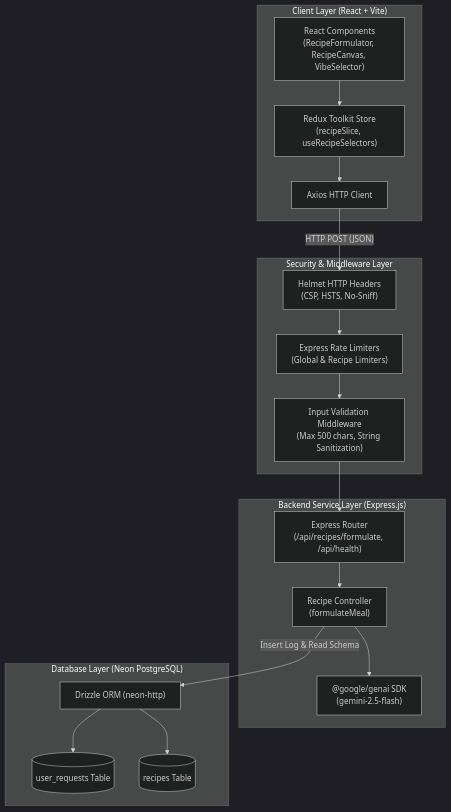
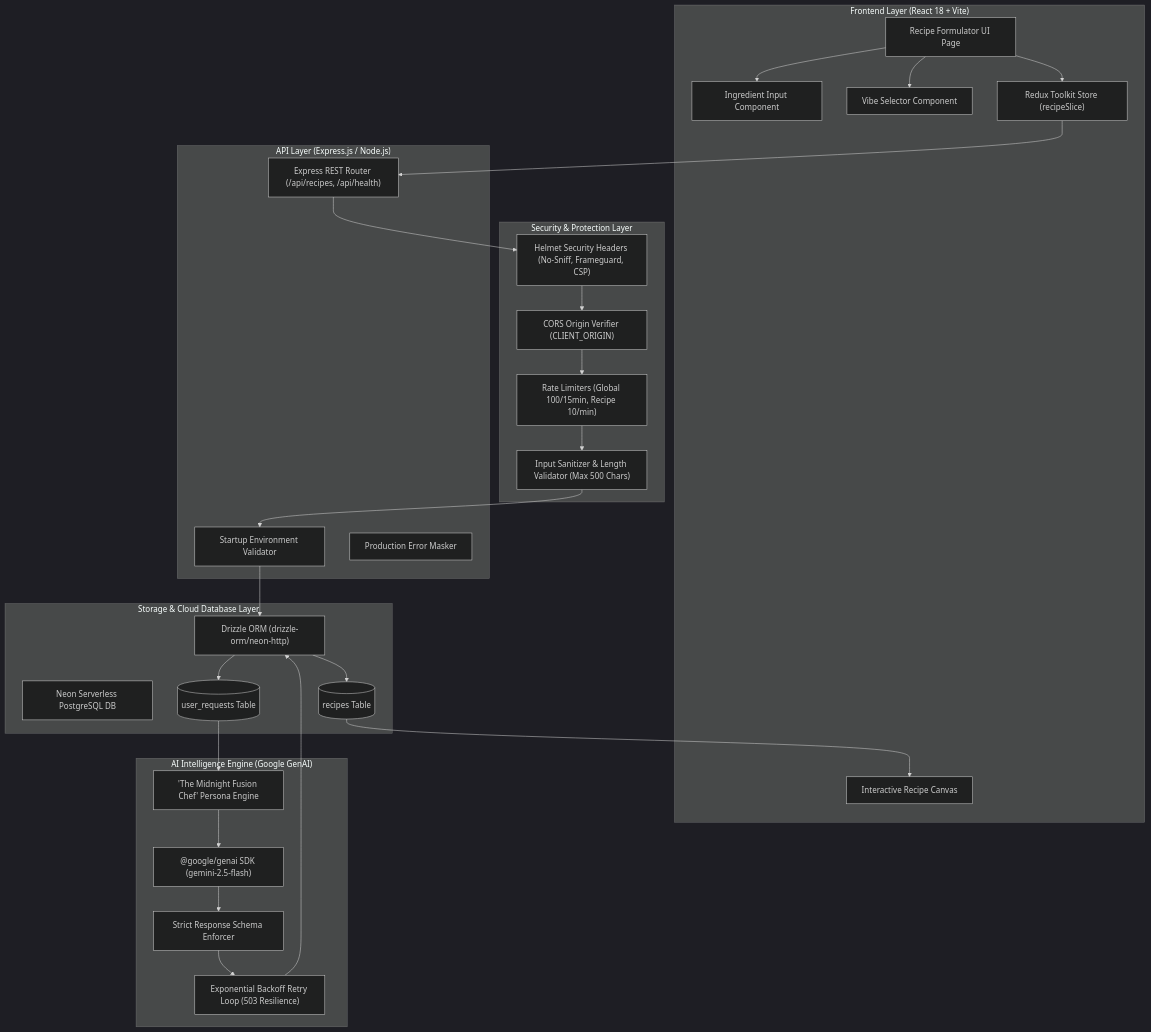
Before and after one commit to Rahul-dusane/Artisanal_Coffee_Shop: the first of 3 diagrams in README.md, drawn with Mermaid (dark theme). The commit also changed other lines of this file, not shown here.

Commit message:
Overhaul README.md following enterprise architecture specification with Mermaid graphs, ER schemas, and setup guides

````diff
--- a/README.md
+++ b/README.md
@@ -11,38 +11,60 @@
 ```mermaid
-flowchart TD
-    subgraph Client ["Client Layer (React + Vite)"]
-        UI["React Components\n(RecipeFormulator, RecipeCanvas, VibeSelector)"]
-        Redux["Redux Toolkit Store\n(recipeSlice, useRecipeSelectors)"]
-        Axios["Axios HTTP Client"]
-        UI --> Redux
-        Redux --> Axios
+graph TD
+    subgraph "Frontend Layer (React 18 + Vite)"
+        UI["Recipe Formulator UI Page"]
+        InputStation["Ingredient Input Component"]
+        VibeSelector["Vibe Selector Component"]
+        CanvasView["Interactive Recipe Canvas"]
+        ReduxStore["Redux Toolkit Store (recipeSlice)"]
     end
 
-    subgraph Security ["Security & Middleware Layer"]
-        Helmet["Helmet HTTP Headers\n(CSP, HSTS, No-Sniff)"]
-        RateLimit["Express Rate Limiters\n(Global & Recipe Limiters)"]
-        Validation["Input Validation Middleware\n(Max 500 chars, String Sanitization)"]
+    subgraph "Security & Protection Layer"
+        Helmet["Helmet Security Headers (No-Sniff, Frameguard, CSP)"]
+        RateLimit["Rate Limiters (Global 100/15min, Recipe 10/min)"]
+        Validator["Input Sanitizer & Length Validator (Max 500 Chars)"]
+        Cors["CORS Origin Verifier (CLIENT_ORIGIN)"]
     end
 
-    subgraph Backend ["Backend Service Layer (Express.js)"]
-        Routes["Express Router\n(/api/recipes/formulate, /api/health)"]
-        Controller["Recipe Controller\n(formulateMeal)"]
-        GenAI["@google/genai SDK\n(gemini-2.5-flash)"]
-        Routes --> Controller
-        Controller --> GenAI
+    subgraph "API Layer (Express.js / Node.js)"
+        Router["Express REST Router (/api/recipes, /api/health)"]
+        EnvChecker["Startup Environment Validator"]
+        ErrHandler["Production Error Masker"]
     end
 
-    subgraph Database ["Database Layer (Neon PostgreSQL)"]
-        Drizzle["Drizzle ORM (neon-http)"]
+    subgraph "AI Intelligence Engine (Google GenAI)"
+        ChefAgent["'The Midnight Fusion Chef' Persona Engine"]
+        GenAI["@google/genai SDK (gemini-2.5-flash)"]
+        SchemaGuard["Strict Response Schema Enforcer"]
+        RetryLoop["Exponential Backoff Retry Loop (503 Resilience)"]
+    end
+
+    subgraph "Storage & Cloud Database Layer"
+        Drizzle["Drizzle ORM (drizzle-orm/neon-http)"]
+        NeonDB["Neon Serverless PostgreSQL DB"]
         UserReqTable[("user_requests Table")]
         RecipesTable[("recipes Table")]
-        Drizzle --> UserReqTable
-        Drizzle --> RecipesTable
     end
 
-    Axios -->|"HTTP POST (JSON)"| Helmet
-    Helmet --> RateLimit
-    RateLimit --> Validation
-    Validation --> Routes
-    Controller -->|"Insert Log & Read Schema"| Drizzle
+    UI --> InputStation
+    UI --> VibeSelector
+    UI --> ReduxStore
+    ReduxStore --> Router
+
+    Router --> Helmet
+    Helmet --> Cors
+    Cors --> RateLimit
+    RateLimit --> Validator
+    Validator --> EnvChecker
+
+    EnvChecker --> Drizzle
+    Drizzle --> UserReqTable
+    UserReqTable --> ChefAgent
+
+    ChefAgent --> GenAI
+    GenAI --> SchemaGuard
+    SchemaGuard --> RetryLoop
+    RetryLoop --> Drizzle
+    Drizzle --> RecipesTable
+
+    RecipesTable --> CanvasView
 ```
````
